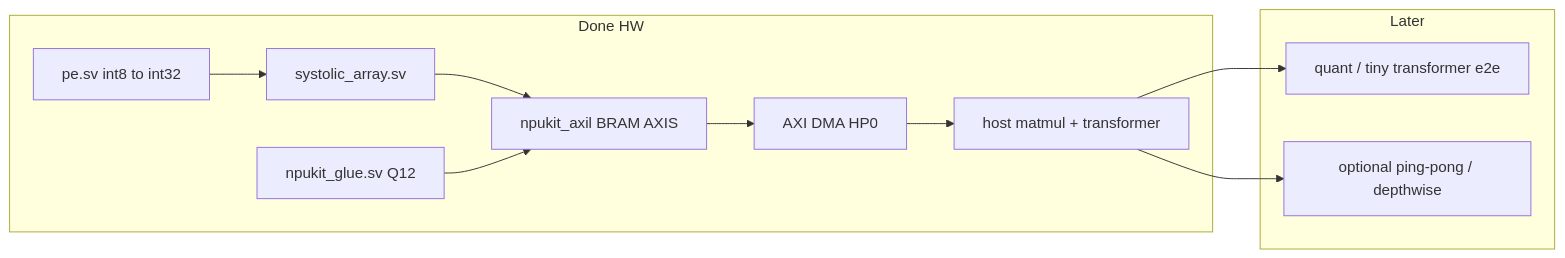
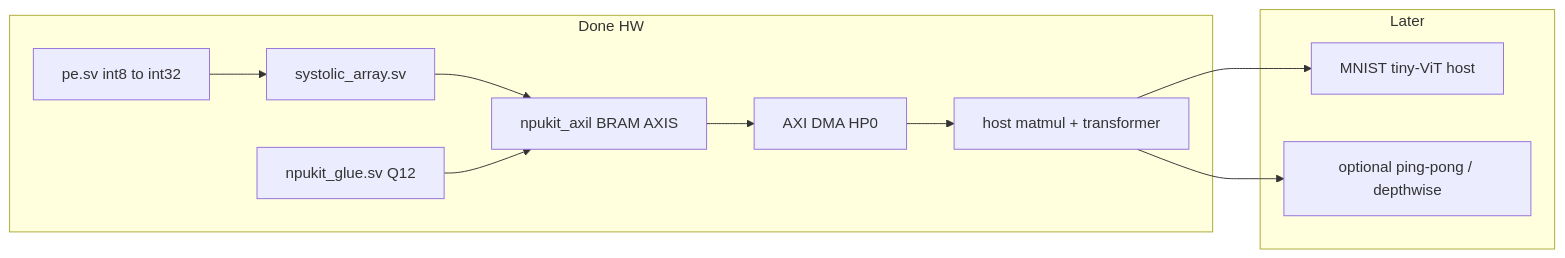
The diagram in PLAN.md (NetKit-Labs/npukit), drawn with Mermaid before and after one commit. The commit also changed other lines of this file and 6 other files, not shown here.

First line of the commit message:
Record board e2e PASS and point next work at MNIST tiny-ViT.

````diff
--- a/PLAN.md
+++ b/PLAN.md
@@ -29,20 +29,20 @@
 ```mermaid
 flowchart LR
   subgraph done [Done HW]
     PE[pe.sv int8 to int32]
     SA[systolic_array.sv]
     GLUE[npukit_glue.sv Q12]
     AXIL[npukit_axil BRAM AXIS]
     DMA[AXI DMA HP0]
     HOST[host matmul + transformer]
     PE --> SA --> AXIL
     GLUE --> AXIL
     AXIL --> DMA --> HOST
   end
   subgraph later [Later]
-    Q[quant / tiny transformer e2e]
+    Q[MNIST tiny-ViT host]
     PP[optional ping-pong / depthwise]
     HOST --> Q
     HOST --> PP
   end
 ```
````
